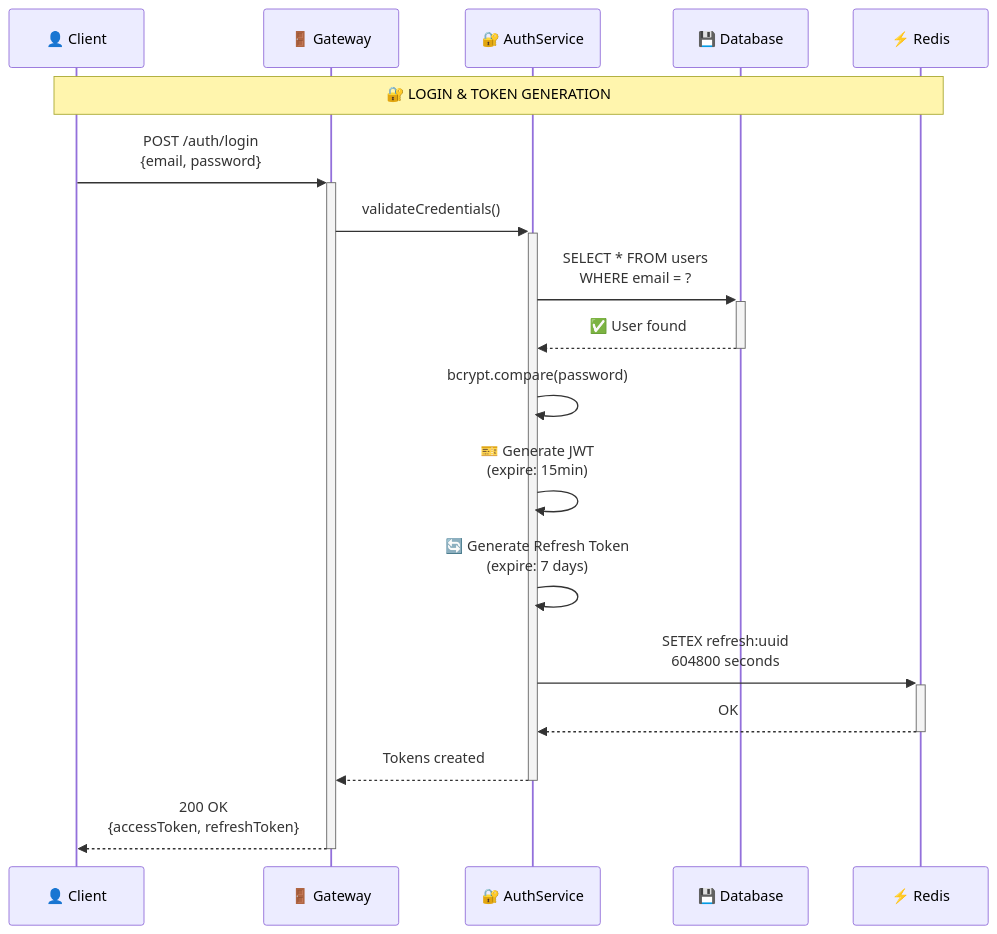
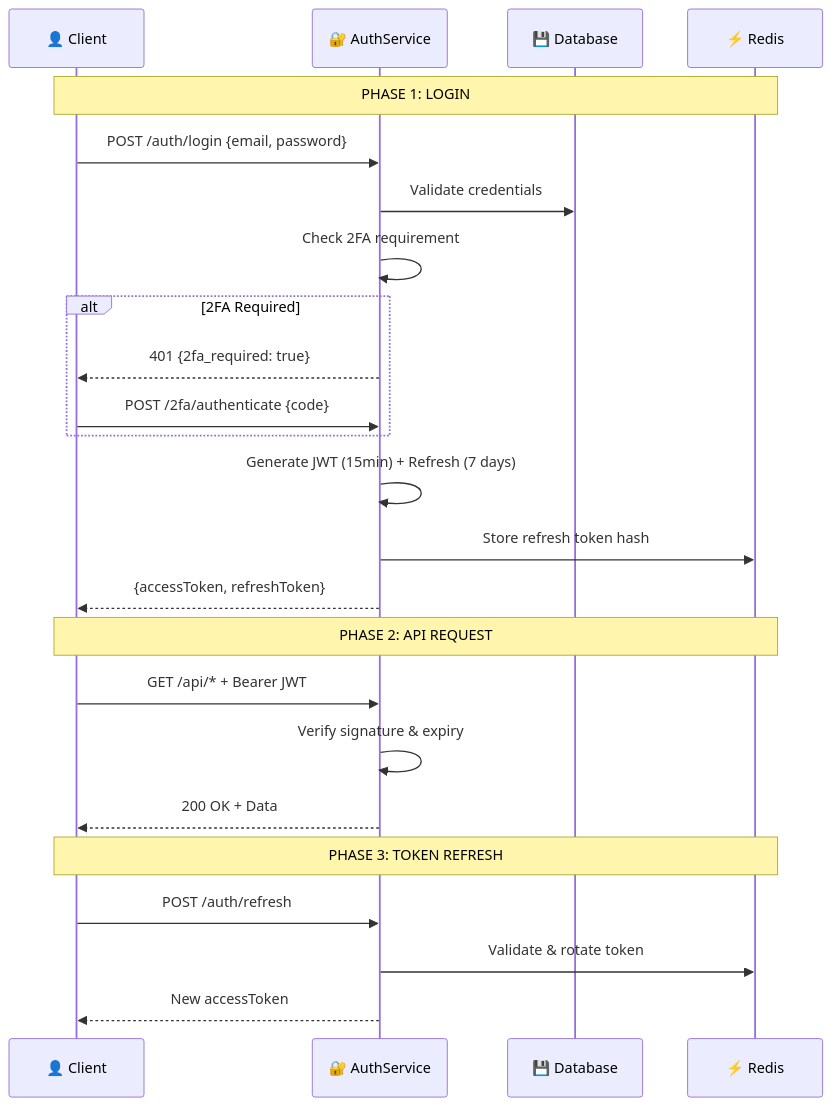
Before and after one commit to doananhhung/livechat: the second of 4 diagrams in presentation/pages/hieu.md, drawn with Mermaid. The commit also changed other lines of this file and 35 other files, not shown here.

````diff
--- a/presentation/pages/hieu.md
+++ b/presentation/pages/hieu.md
@@ -141,22 +159,29 @@
 ```mermaid
 sequenceDiagram
     participant C as 👤 Client
-    participant G as 🚪 Gateway
     participant A as 🔐 AuthService
     participant D as 💾 Database
     participant R as ⚡ Redis
 
-    Note over C,R: 🔐 LOGIN & TOKEN GENERATION
+    Note over C,R: PHASE 1: LOGIN
+    C->>A: POST /auth/login {email, password}
+    A->>D: Validate credentials
+    A->>A: Check 2FA requirement
+    alt 2FA Required
+        A-->>C: 401 {2fa_required: true}
+        C->>A: POST /2fa/authenticate {code}
+    end
+    A->>A: Generate JWT (15min) + Refresh (7 days)
+    A->>R: Store refresh token hash
+    A-->>C: {accessToken, refreshToken}
 
-    C->>+G: POST /auth/login<br/>{email, password}
-    G->>+A: validateCredentials()
-    A->>+D: SELECT * FROM users<br/>WHERE email = ?
-    D-->>-A: ✅ User found
-    A->>A: bcrypt.compare(password)
-    A->>A: 🎫 Generate JWT<br/>(expire: 15min)
-    A->>A: 🔄 Generate Refresh Token<br/>(expire: 7 days)
-    A->>+R: SETEX refresh:uuid<br/>604800 seconds
-    R-->>-A: OK
-    A-->>-G: Tokens created
-    G-->>-C: 200 OK<br/>{accessToken, refreshToken}
+    Note over C,R: PHASE 2: API REQUEST
+    C->>A: GET /api/* + Bearer JWT
+    A->>A: Verify signature & expiry
+    A-->>C: 200 OK + Data
+
+    Note over C,R: PHASE 3: TOKEN REFRESH
+    C->>A: POST /auth/refresh
+    A->>R: Validate & rotate token
+    A-->>C: New accessToken
 ```
````
